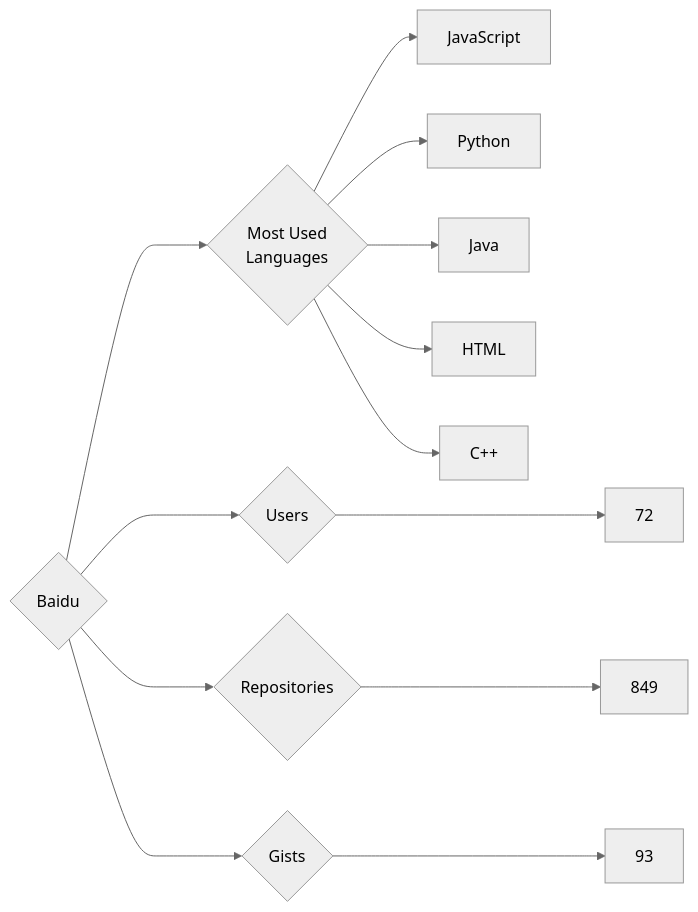
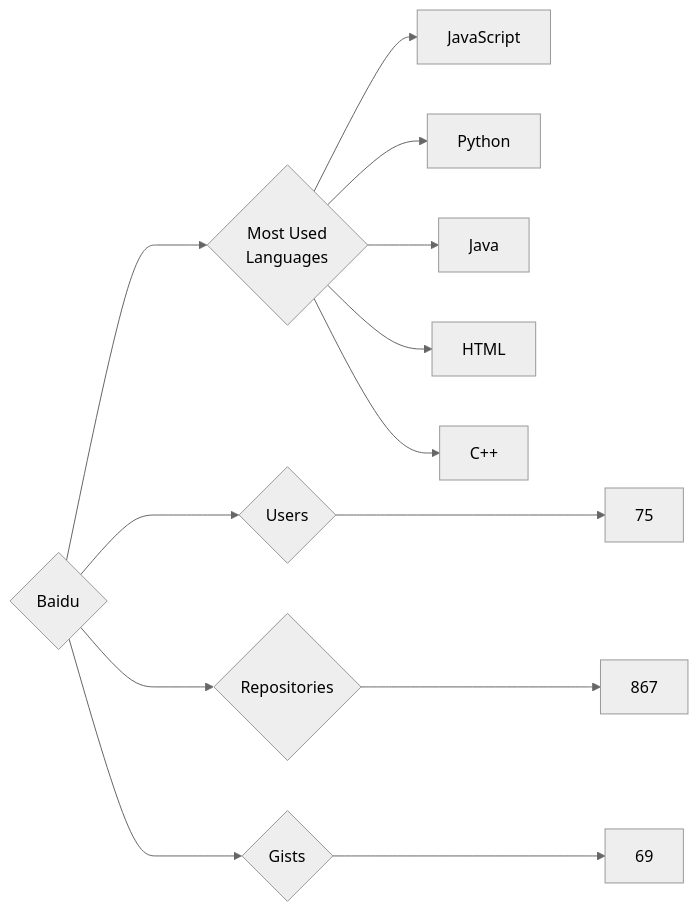
The diagram in targets/Baidu/README.md (trickest/insiders), drawn with Mermaid (neutral theme) before and after one commit. The commit also changed 964 other files, not shown here.

````diff
--- a/targets/Baidu/README.md
+++ b/targets/Baidu/README.md
@@ -3,13 +3,13 @@
 ```mermaid
 graph LR
 COMPANY_NAME{Baidu}
-COMPANY_NAME ---> U{Users} ---> UN[72]
-COMPANY_NAME ---> R{Repositories} ---> RN[849]
-COMPANY_NAME ---> G{Gists} ---> GN[93]
+COMPANY_NAME ---> U{Users} ---> UN[75]
+COMPANY_NAME ---> R{Repositories} ---> RN[867]
+COMPANY_NAME ---> G{Gists} ---> GN[69]
 COMPANY_NAME ---> ML{Most Used<br>Languages}
 ML --> JavaScript[JavaScript]
 ML --> Python[Python]
 ML --> Java[Java]
 ML --> HTML[HTML]
 ML --> C++[C++]
 ```
````
